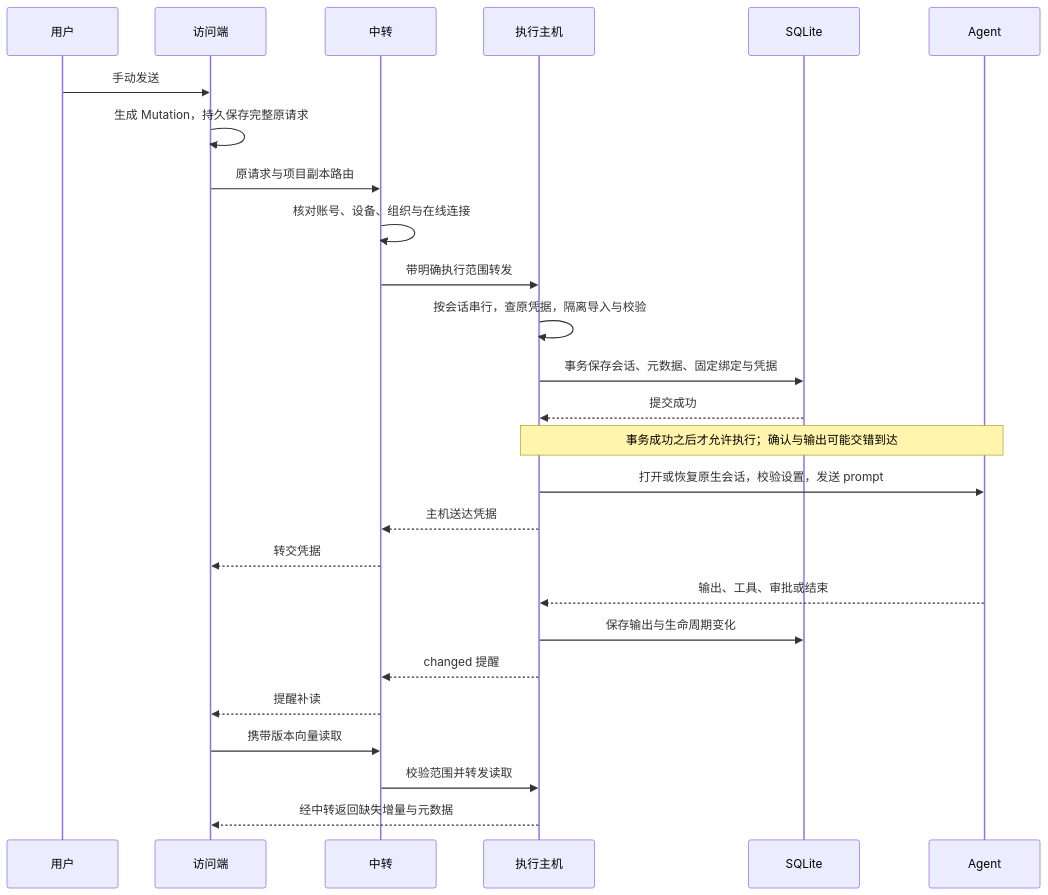
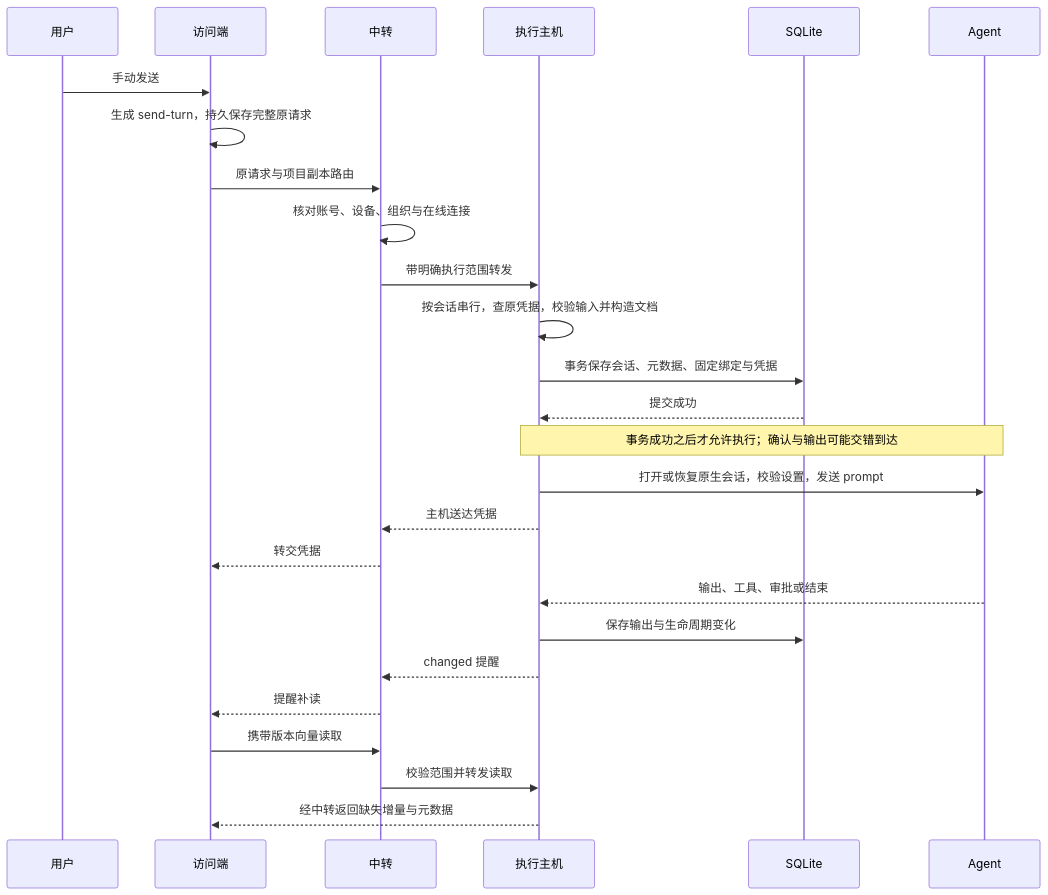
One commit to zZOMZz/moor changed the third of 3 diagrams in docs/learning-guide.md. Above: the diagram before and after it, drawn with Mermaid. The commit also changed other lines of this file and 68 other files, not shown here.

````diff
--- a/docs/learning-guide.md
+++ b/docs/learning-guide.md
@@ -179,28 +177,28 @@
 ```mermaid
 sequenceDiagram
   participant U as 用户
   participant C as 访问端
   participant R as 中转
   participant H as 执行主机
   participant D as SQLite
   participant A as Agent
   U->>C: 手动发送
-  C->>C: 生成 Mutation，持久保存完整原请求
+  C->>C: 生成 send-turn，持久保存完整原请求
   C->>R: 原请求与项目副本路由
   R->>R: 核对账号、设备、组织与在线连接
   R->>H: 带明确执行范围转发
-  H->>H: 按会话串行，查原凭据，隔离导入与校验
+  H->>H: 按会话串行，查原凭据，校验输入并构造文档
   H->>D: 事务保存会话、元数据、固定绑定与凭据
   D-->>H: 提交成功
   Note over H,A: 事务成功之后才允许执行；确认与输出可能交错到达
   H->>A: 打开或恢复原生会话，校验设置，发送 prompt
   H-->>R: 主机送达凭据
   R-->>C: 转交凭据
   A-->>H: 输出、工具、审批或结束
   H->>D: 保存输出与生命周期变化
   H-->>R: changed 提醒
   R-->>C: 提醒补读
   C->>R: 携带版本向量读取
   R->>H: 校验范围并转发读取
   H-->>C: 经中转返回缺失增量与元数据
 ```
````
